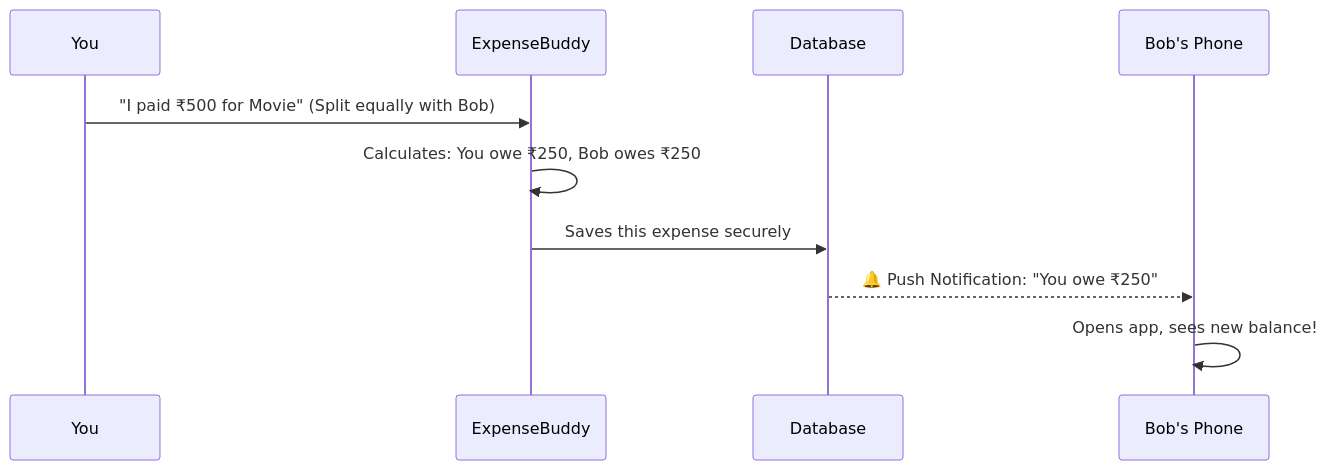
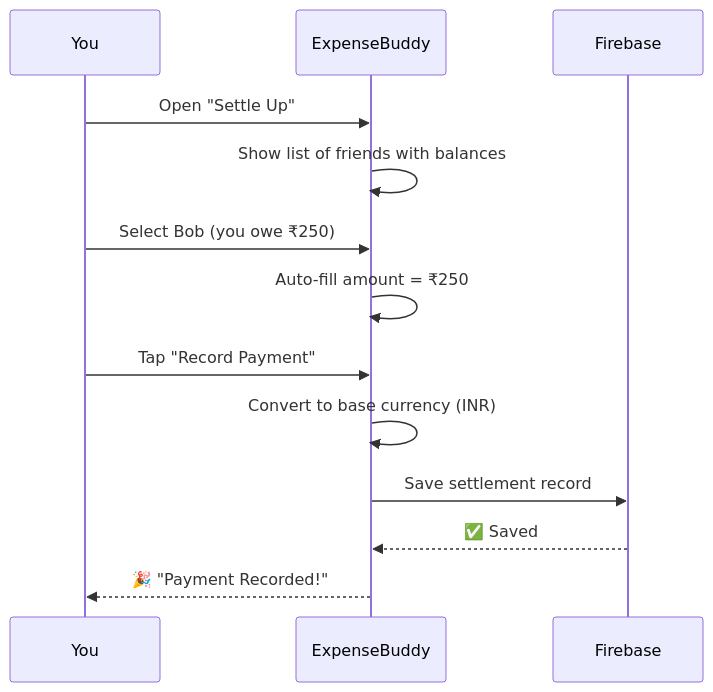
Before and after one commit to Surajit-Roy/expenseBuddy: the eighth of 18 diagrams in ExpenseBuddy/Documentation/Complete_Guide.md, drawn with Mermaid. The commit also changed other lines of this file, not shown here.

````diff
--- a/ExpenseBuddy/Documentation/Complete_Guide.md
+++ b/ExpenseBuddy/Documentation/Complete_Guide.md
@@ -41,13 +229,16 @@
 ```mermaid
 sequenceDiagram
     participant You
     participant App as ExpenseBuddy
-    participant Fire as Database
-    participant Bob as Bob's Phone
+    participant DB as Firebase
 
-    You->>App: "I paid ₹500 for Movie" (Split equally with Bob)
-    App->>App: Calculates: You owe ₹250, Bob owes ₹250
-    App->>Fire: Saves this expense securely
-    Fire-->>Bob: 🔔 Push Notification: "You owe ₹250"
-    Bob->>Bob: Opens app, sees new balance!
+    You->>App: Open "Settle Up"
+    App->>App: Show list of friends with balances
+    You->>App: Select Bob (you owe ₹250)
+    App->>App: Auto-fill amount = ₹250
+    You->>App: Tap "Record Payment"
+    App->>App: Convert to base currency (INR)
+    App->>DB: Save settlement record
+    DB-->>App: ✅ Saved
+    App-->>You: 🎉 "Payment Recorded!"
 ```
````
